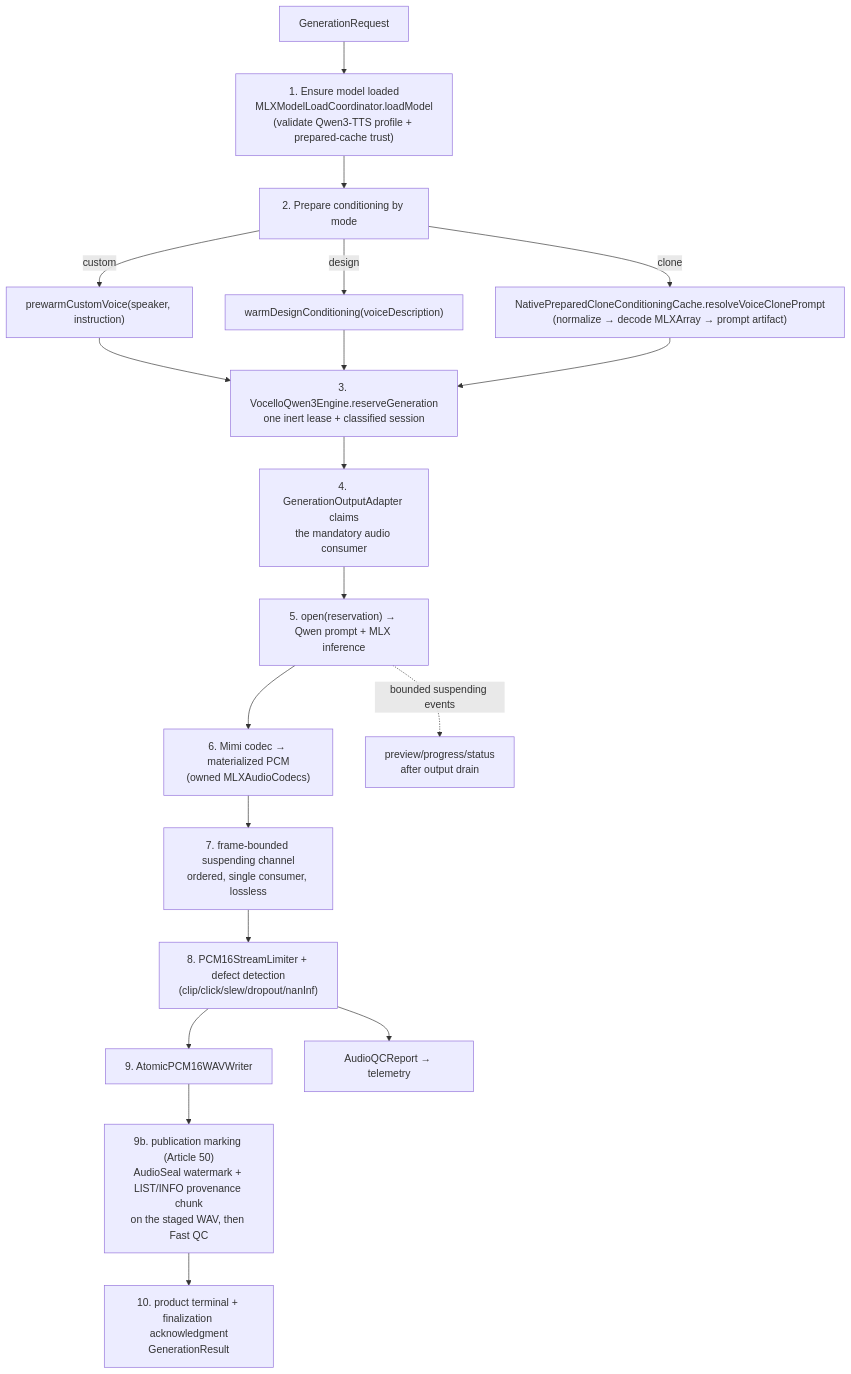
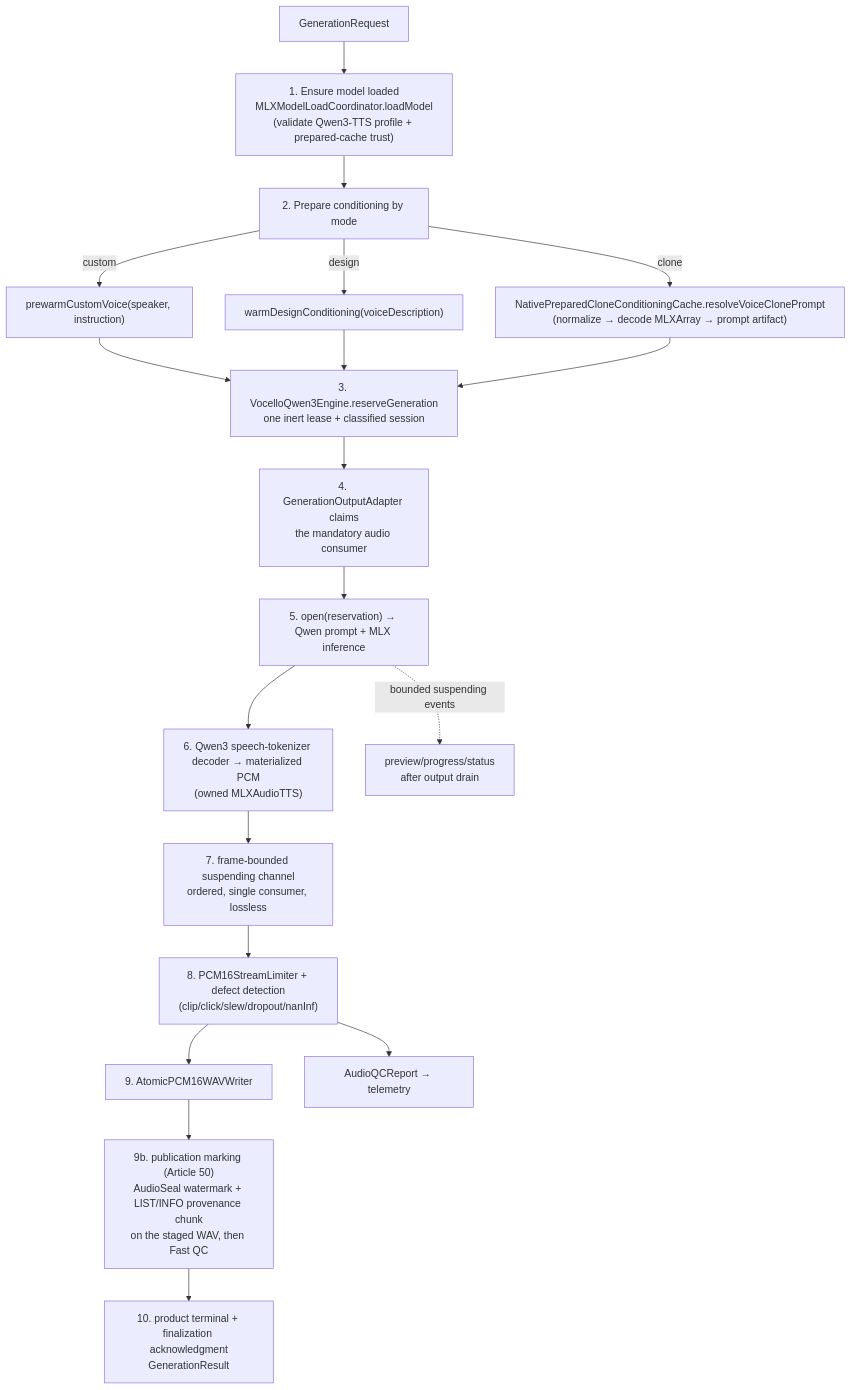
One commit to PowerBeef/Vocello changed the third of 7 diagrams in docs/ARCHITECTURE.md. Above: the diagram before and after it, drawn with Mermaid. The commit also changed other lines of this file and 9 other files, not shown here.

First line of the commit message:
docs: reference-doc pass 1 corrects the model facts the research found wrong (ER-13)

````diff
--- a/docs/ARCHITECTURE.md
+++ b/docs/ARCHITECTURE.md
@@ -340,21 +340,21 @@
 ```mermaid
 flowchart TD
     Req["GenerationRequest"] --> Ensure["1. Ensure model loaded<br/>MLXModelLoadCoordinator.loadModel<br/>(validate Qwen3-TTS profile + prepared-cache trust)"]
     Ensure --> Cond["2. Prepare conditioning by mode"]
     Cond -->|"custom"| CW["prewarmCustomVoice(speaker, instruction)"]
     Cond -->|"design"| DW["warmDesignConditioning(voiceDescription)"]
     Cond -->|"clone"| CL["NativePreparedCloneConditioningCache.resolveVoiceClonePrompt<br/>(normalize → decode MLXArray → prompt artifact)"]
     CW --> Reserve
     DW --> Reserve
     CL --> Reserve
     Reserve["3. VocelloQwen3Engine.reserveGeneration<br/>one inert lease + classified session"] --> Bind["4. GenerationOutputAdapter claims<br/>the mandatory audio consumer"]
     Bind --> Open["5. open(reservation) → Qwen prompt + MLX inference"]
-    Open --> Codec["6. Mimi codec → materialized PCM<br/>(owned MLXAudioCodecs)"]
+    Open --> Codec["6. Qwen3 speech-tokenizer decoder → materialized PCM<br/>(owned MLXAudioTTS)"]
     Codec --> Channel["7. frame-bounded suspending channel<br/>ordered, single consumer, lossless"]
     Channel --> Lim["8. PCM16StreamLimiter + defect detection<br/>(clip/click/slew/dropout/nanInf)"]
     Lim --> WAV["9. AtomicPCM16WAVWriter"]
     WAV --> Mark["9b. publication marking (Article 50)<br/>AudioSeal watermark + LIST/INFO provenance chunk<br/>on the staged WAV, then Fast QC"]
     Mark --> Out["10. product terminal + finalization acknowledgment<br/>GenerationResult"]
     Open -.->|"bounded suspending events"| Ev["preview/progress/status<br/>after output drain"]
     Lim --> QC["AudioQCReport → telemetry"]
 ```
````
